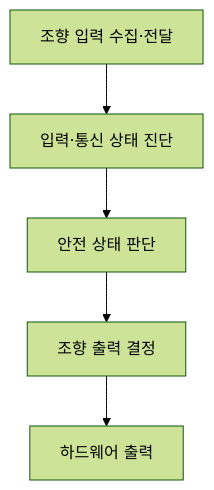
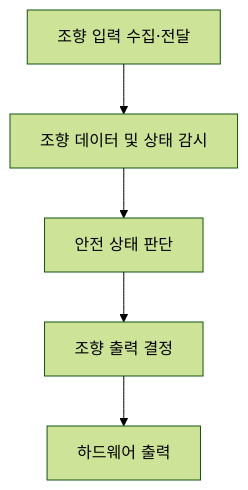
Before and after one commit to kwangil1245-code/iso26262-sbw-failsafe: the third of 4 diagrams in iso26262-sbw-failsafe/workproducts/02_System_Design.md, drawn with Mermaid (forest theme). The commit also changed other lines of this file, not shown here.

````diff
--- a/iso26262-sbw-failsafe/workproducts/02_System_Design.md
+++ b/iso26262-sbw-failsafe/workproducts/02_System_Design.md
@@ -71,7 +72,7 @@
 ```mermaid
 flowchart TD
-    A["조향 입력 수집·전달"] --> B["입력·통신 상태 진단"]
+    A["조향 입력 수집·전달"] --> B["조향 데이터 및 상태 감시"]
     B --> C["안전 상태 판단"]
     C --> D["조향 출력 결정"]
     D --> E["하드웨어 출력"]
 ```
````
